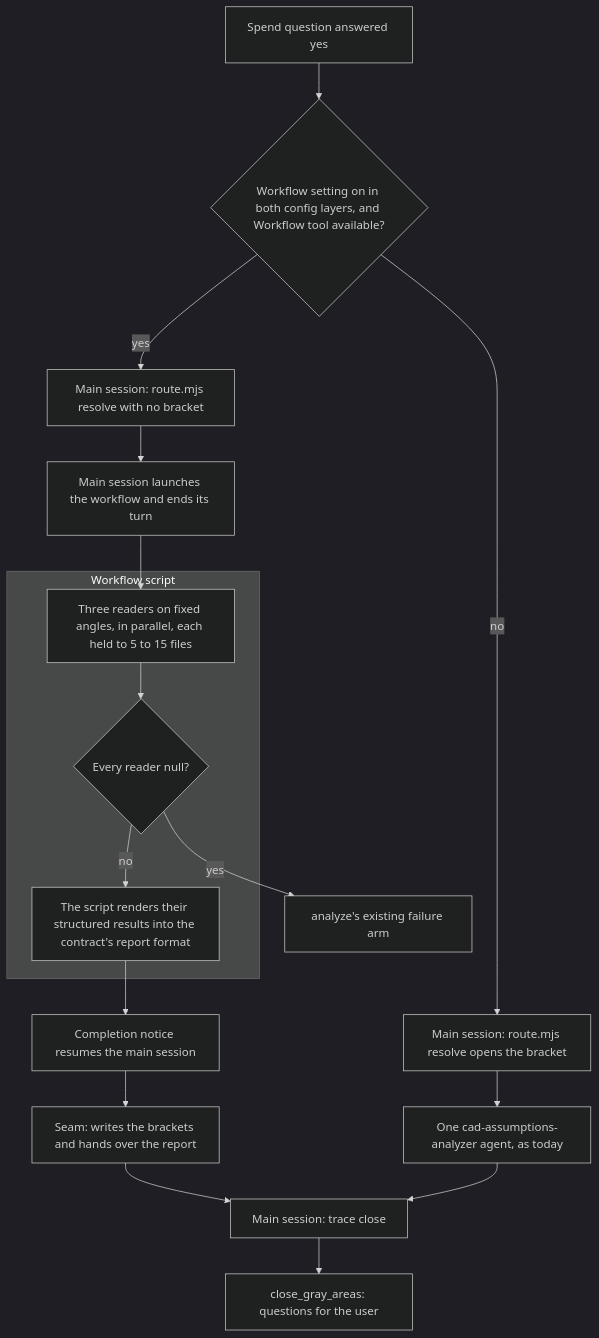
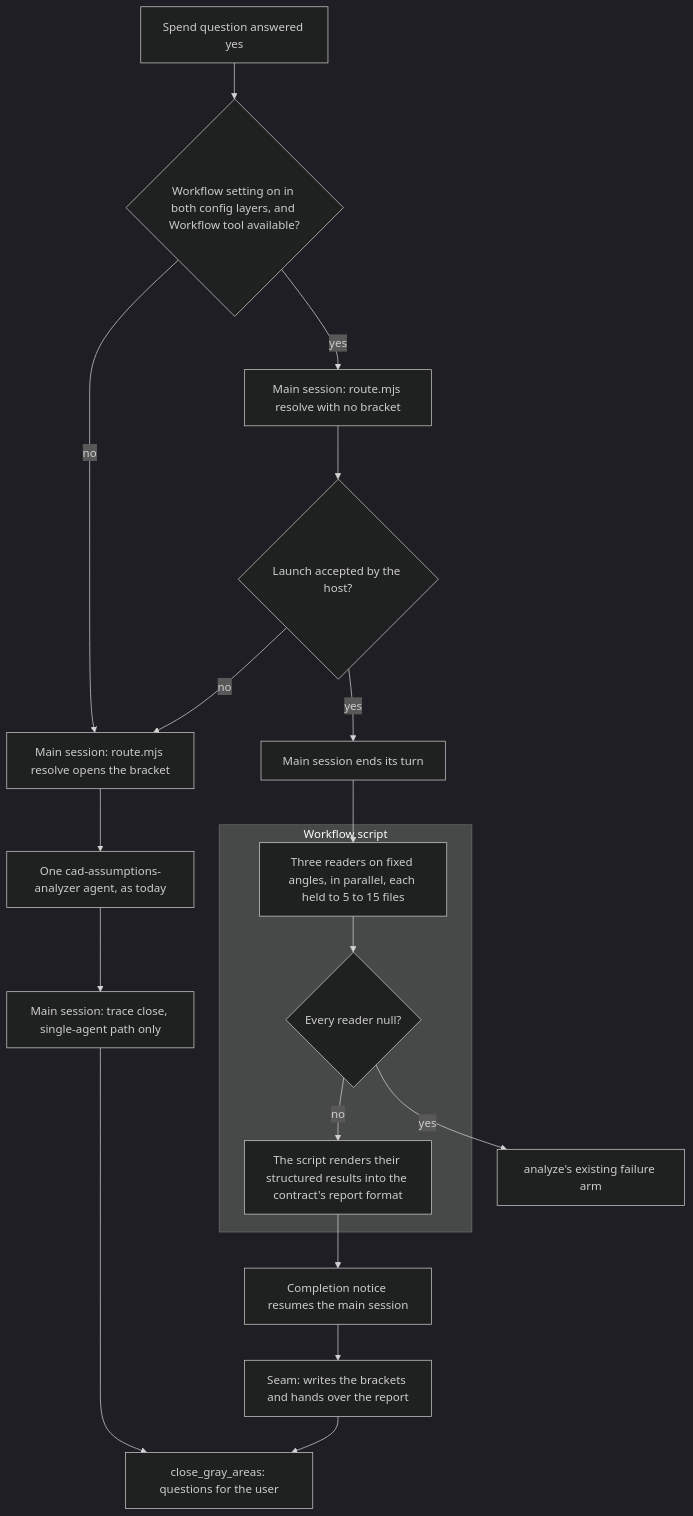
One commit to crenshawdev/cadence changed the second of 3 diagrams in docs/rationale/review-and-analyzer-flows.md. Above: the diagram before and after it, drawn with Mermaid. The commit also changed other lines of this file, not shown here.

Commit message:
docs(1-1): approve the review and analyzer flows with John's three corrections

````diff
--- a/docs/rationale/review-and-analyzer-flows.md
+++ b/docs/rationale/review-and-analyzer-flows.md
@@ -40,24 +38,26 @@
 ```mermaid
 %%{init: {'theme':'dark'}}%%
 flowchart TD
   buy["Spend question answered yes"] --> available{"Workflow setting on in both config layers, and Workflow tool available?"}
   available -->|no| resolveold["Main session: route.mjs resolve opens the bracket"]
   resolveold --> single["One cad-assumptions-analyzer agent, as today"]
   available -->|yes| resolvenew["Main session: route.mjs resolve with no bracket"]
-  resolvenew --> launch["Main session launches the workflow and ends its turn"]
+  resolvenew --> launch{"Launch accepted by the host?"}
+  launch -->|no| resolveold
+  launch -->|yes| ended["Main session ends its turn"]
 
-  launch --> readers
+  ended --> readers
 
   subgraph script["Workflow script"]
     readers["Three readers on fixed angles, in parallel, each held to 5 to 15 files"]
     readers --> allnull{"Every reader null?"}
     allnull -->|no| render["The script renders their structured results into the contract's report format"]
   end
 
   allnull -->|yes| failure["analyze's existing failure arm"]
   render --> notice["Completion notice resumes the main session"]
   notice --> seam["Seam: writes the brackets and hands over the report"]
-  seam --> close["Main session: trace close"]
-  single --> close
-  close --> gray["close_gray_areas: questions for the user"]
+  seam --> gray["close_gray_areas: questions for the user"]
+  single --> close["Main session: trace close, single-agent path only"]
+  close --> gray
 ```
````
